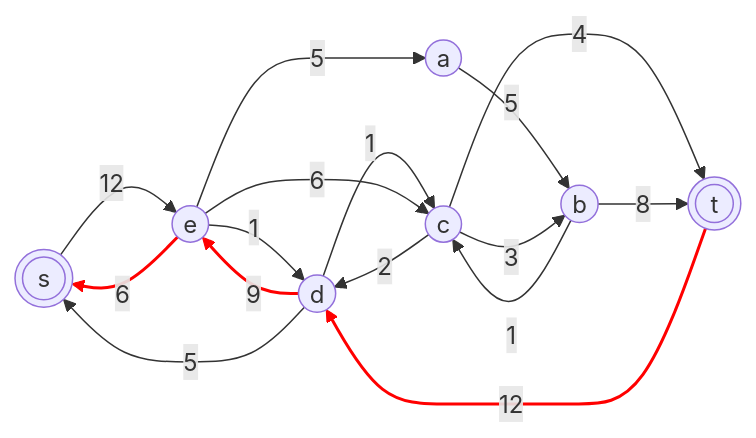
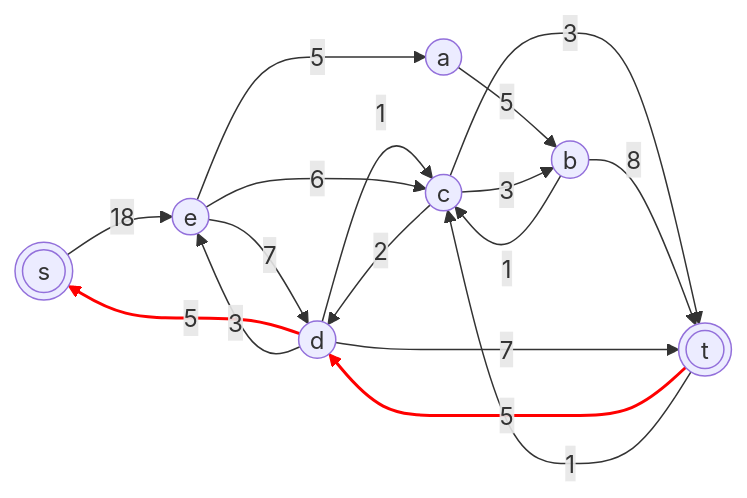
The sixth of 14 diagrams in Задание 17/Rehash.md (hse-algo-psapr-25/manual-tasks), drawn with Mermaid before and after one commit. The commit also changed other lines of this file, not shown here.

````diff
--- a/Задание 17/Rehash.md
+++ b/Задание 17/Rehash.md
@@ -154,27 +157,29 @@
 ```mermaid
 graph LR
     s(((s)))
     a((a))
     b((b))
     c((c))
     d((d))
     e((e))
     t(((t)))
 
-    t -->|12| d
-    d -->|9| e
-    e -->|6| s
+    t -->|5| d
+    d -->|5| s
+    d -->|3| e
     c -->|2| d
     d -->|1| c
-    e -->|1| d
+    e -->|7| d
     e -->|6| c
-    c -->|4| t
-    s -->|12| e
-    d -->|5| s
+    c -->|3| t
+    t -->|1| c
+    s -->|18| e
     e -->|5| a
     a -->|5| b
     b -->|1| c
     c -->|3| b
     b -->|8| t
-    linkStyle 0,1,2 stroke:red,stroke-width:2px
+    d -->|7| t
+
+    linkStyle 0,1 stroke:red,stroke-width:2px
 ```
````
